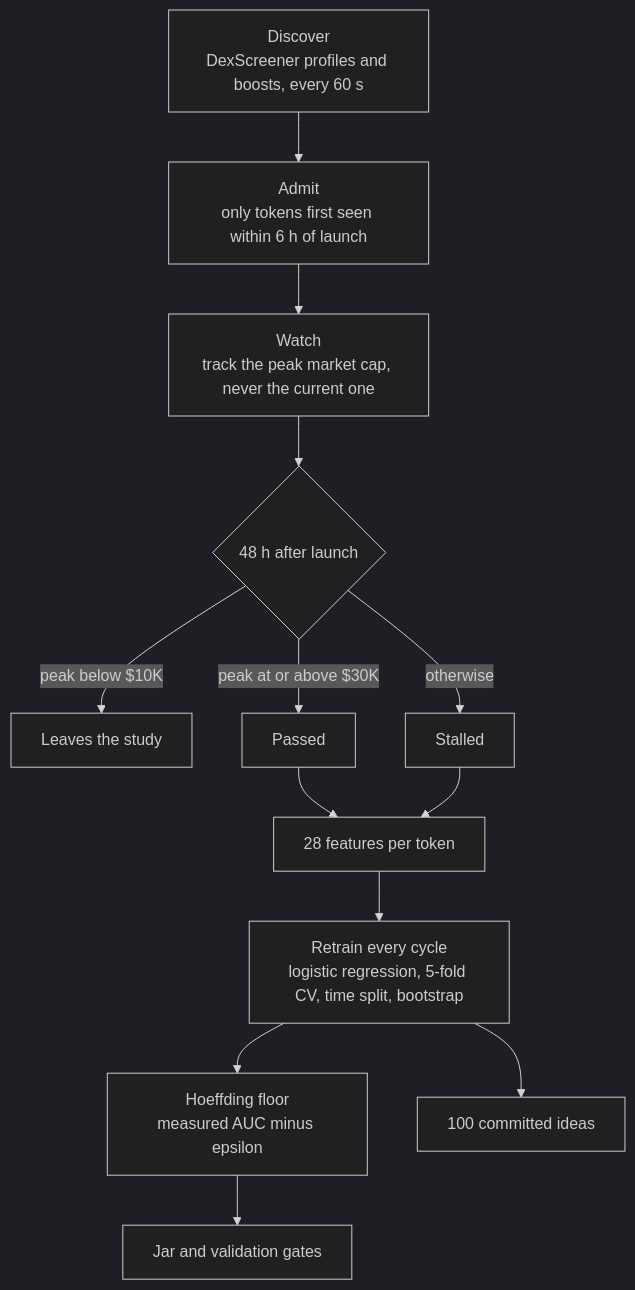
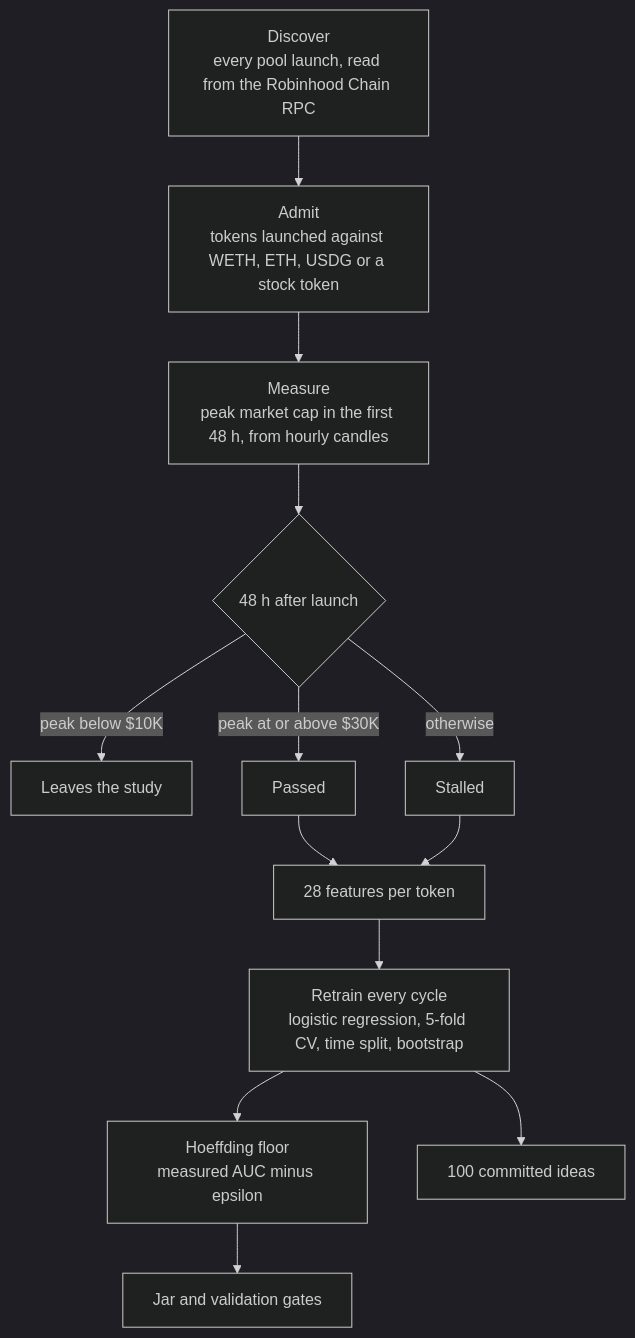
Before and after one commit to sympony1992/Wassily-feed: the diagram in README.md, drawn with Mermaid (dark theme). The commit also changed other lines of this file and 3 other files, not shown here.

````diff
--- a/README.md
+++ b/README.md
@@ -31,15 +31,15 @@
 ```mermaid
 flowchart TD
-  A["Discover<br/>DexScreener profiles and boosts, every 60 s"] --> B["Admit<br/>only tokens first seen within 6 h of launch"]
-  B --> C["Watch<br/>track the peak market cap, never the current one"]
+  A["Discover<br/>every pool launch, read from the Robinhood Chain RPC"] --> B["Admit<br/>tokens launched against WETH, ETH, USDG or a stock token"]
+  B --> C["Measure<br/>peak market cap in the first 48 h, from hourly candles"]
   C --> D{"48 h after launch"}
   D -->|peak below $10K| X["Leaves the study"]
   D -->|peak at or above $30K| P["Passed"]
   D -->|otherwise| S["Stalled"]
   P --> F["28 features per token"]
   S --> F
   F --> M["Retrain every cycle<br/>logistic regression, 5-fold CV, time split, bootstrap"]
   M --> H["Hoeffding floor<br/>measured AUC minus epsilon"]
   H --> J["Jar and validation gates"]
   M --> I["100 committed ideas"]
 ```
````
